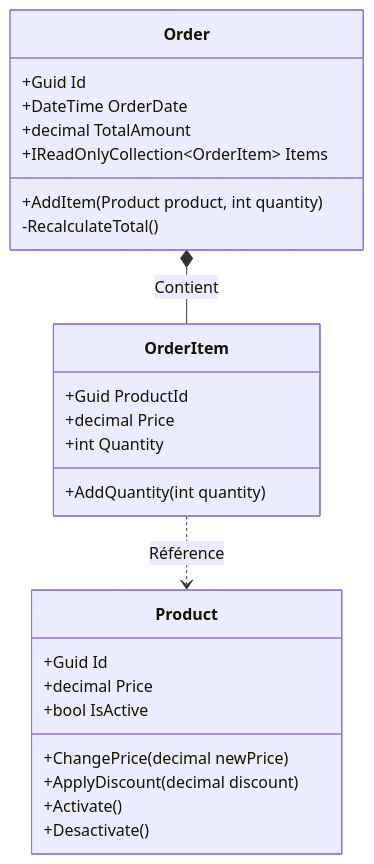
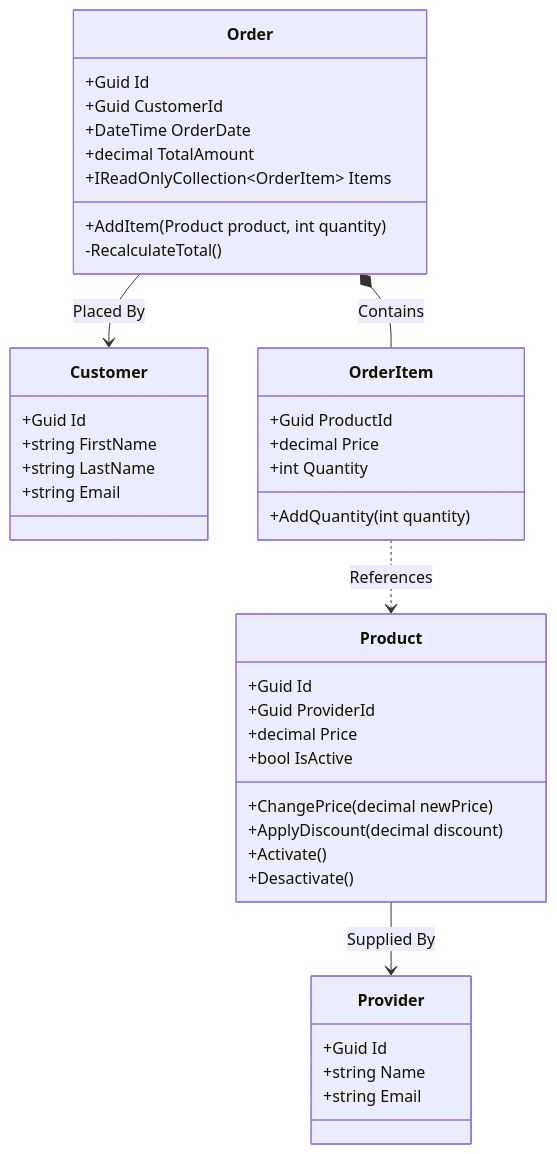
The diagram in docs/diagrams/class_diagram.md (Loick-Dev1/Dev-Avanc-C), drawn with Mermaid before and after one commit. The commit also changed 45 other files, not shown here.

````diff
--- a/docs/diagrams/class_diagram.md
+++ b/docs/diagrams/class_diagram.md
@@ -5,31 +5,48 @@
 ```mermaid
 classDiagram
+    class Customer {
+        +Guid Id
+        +string FirstName
+        +string LastName
+        +string Email
+    }
+
+    class Provider {
+        +Guid Id
+        +string Name
+        +string Email
+    }
+
     class Product {
         +Guid Id
+        +Guid ProviderId
         +decimal Price
         +bool IsActive
         +ChangePrice(decimal newPrice)
         +ApplyDiscount(decimal discount)
         +Activate()
         +Desactivate()
     }
 
     class Order {
         +Guid Id
+        +Guid CustomerId
         +DateTime OrderDate
         +decimal TotalAmount
         +IReadOnlyCollection~OrderItem~ Items
         +AddItem(Product product, int quantity)
         -RecalculateTotal()
     }
 
     class OrderItem {
         +Guid ProductId
         +decimal Price
         +int Quantity
         +AddQuantity(int quantity)
     }
 
-    Order *-- OrderItem : Contient
-    OrderItem ..> Product : Référence
+    Order *-- OrderItem : Contains
+    OrderItem ..> Product : References
+    Product --> Provider : Supplied By
+    Order --> Customer : Placed By
 ```
````
